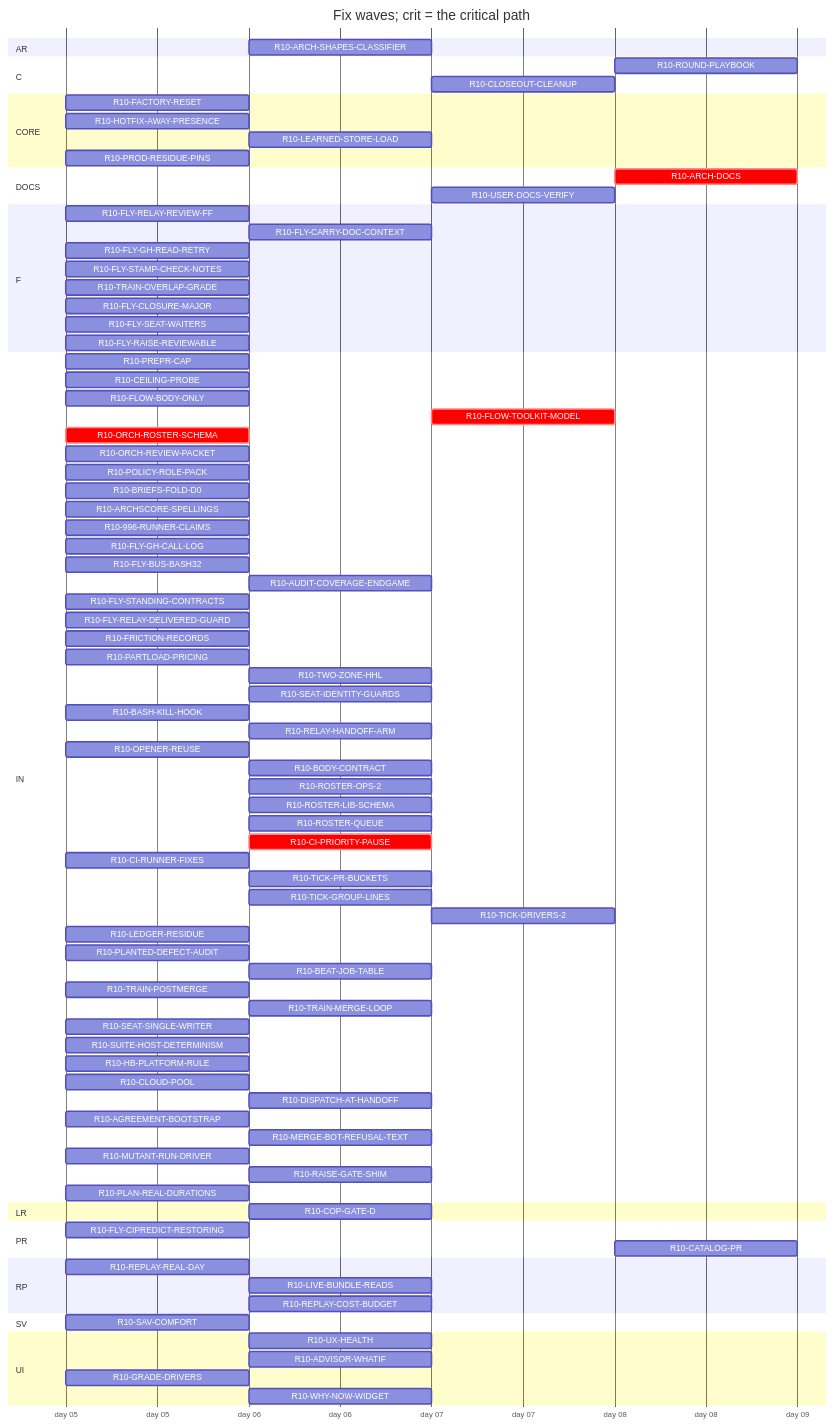
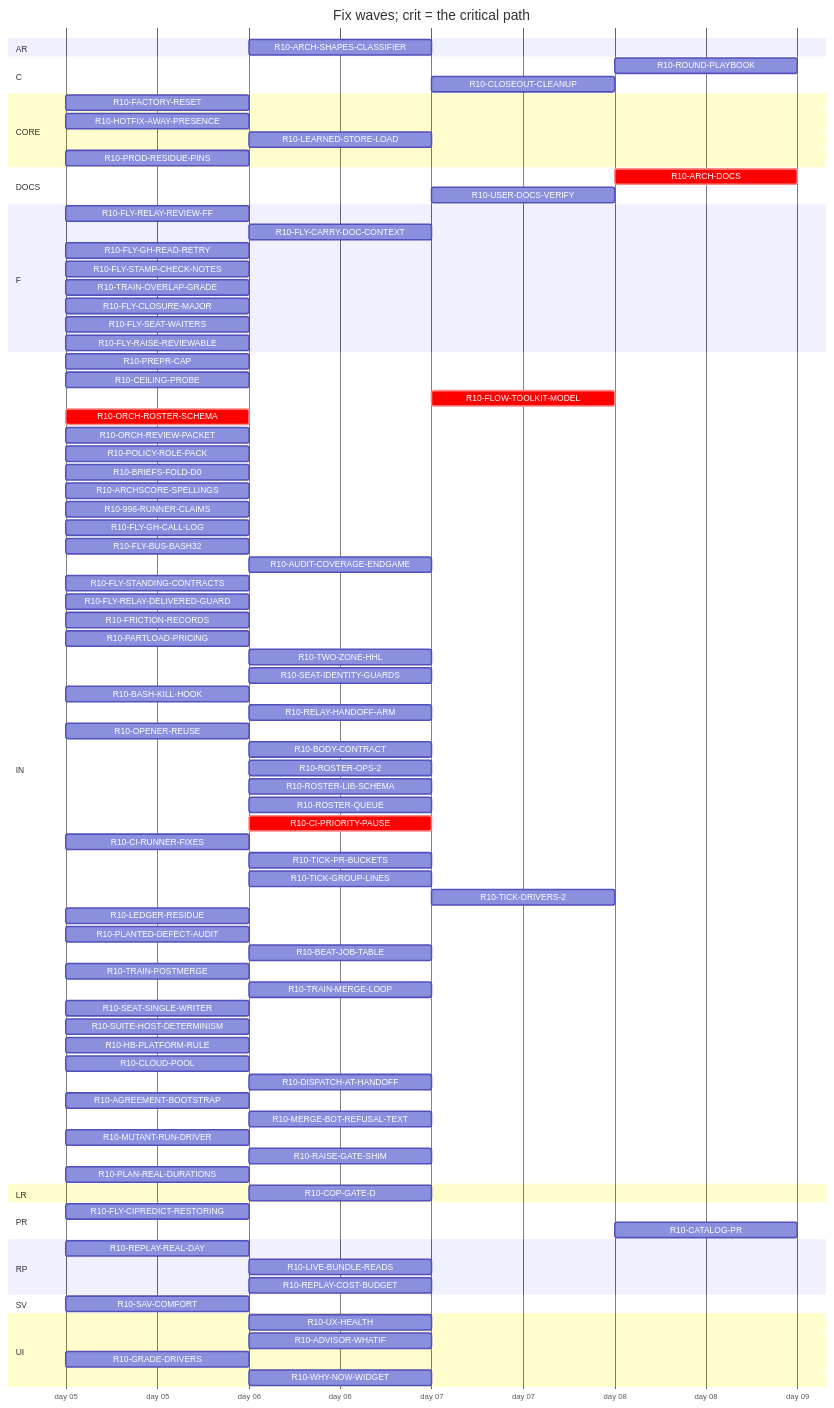
One commit to tvofi/heatpump_optimizer changed the diagram in handoff/round10/state/PLAN-TABLE.md. Above: the diagram before and after it, drawn with Mermaid. The commit also changed other lines of this file and 4 other files, not shown here.

Commit message:
state: FLOW-BOARD.md, NEXT-SESSION-PROMPT.md, PLAN-TABLE.md, PLAN.html, RESUME-CURRENT.md regenerated (state_docs.py)

```diff
--- a/handoff/round10/state/PLAN-TABLE.md
+++ b/handoff/round10/state/PLAN-TABLE.md
@@ -29,7 +29,7 @@
   section AR
     R10-ARCH-SHAPES-CLASSIFIER :r10ARCHSHAPESCLASSIFIER, after r10996RUNNERCLAIMS, 1d
   section C
-    R10-ROUND-PLAYBOOK :r10ROUNDPLAYBOOK, after r10FLYRELAYREVIEWFF r10FLOWBODYONLY r10AUDITCOVERAGEENDGAME r10ORCHROSTERSCHEMA r10FLOWTOOLKITMODEL r10TRAINOVERLAPGRADE r10POLICYROLEPACK r10ORCHREVIEWPACKET r10FRICTIONRECORDS r10COPGATED r10GRADEDRIVERS r10PARTLOADPRICING r10TWOZONEHHL r10SEATIDENTITYGUARDS r10BASHKILLHOOK r10RELAYHANDOFFARM r10OPENERREUSE r10BODYCONTRACT r10ROSTEROPS2 r10ROSTERLIBSCHEMA r10ROSTERQUEUE r10CIPRIORITYPAUSE r10CIRUNNERFIXES r10TICKPRBUCKETS r10TICKGROUPLINES r10TICKDRIVERS2 r10LEDGERRESIDUE r10PLANTEDDEFECTAUDIT r10BEATJOBTABLE r10TRAINPOSTMERGE r10TRAINMERGELOOP r10SEATSINGLEWRITER r10SUITEHOSTDETERMINISM r10HBPLATFORMRULE r10CLOUDPOOL r10DISPATCHATHANDOFF r10AGREEMENTBOOTSTRAP r10MERGEBOTREFUSALTEXT r10MUTANTRUNDRIVER r10RAISEGATESHIM r10LIVEBUNDLEREADS r10REPLAYCOSTBUDGET, 1d
+    R10-ROUND-PLAYBOOK :r10ROUNDPLAYBOOK, after r10FLYRELAYREVIEWFF r10AUDITCOVERAGEENDGAME r10ORCHROSTERSCHEMA r10FLOWTOOLKITMODEL r10TRAINOVERLAPGRADE r10POLICYROLEPACK r10ORCHREVIEWPACKET r10FRICTIONRECORDS r10COPGATED r10GRADEDRIVERS r10PARTLOADPRICING r10TWOZONEHHL r10SEATIDENTITYGUARDS r10BASHKILLHOOK r10RELAYHANDOFFARM r10OPENERREUSE r10BODYCONTRACT r10ROSTEROPS2 r10ROSTERLIBSCHEMA r10ROSTERQUEUE r10CIPRIORITYPAUSE r10CIRUNNERFIXES r10TICKPRBUCKETS r10TICKGROUPLINES r10TICKDRIVERS2 r10LEDGERRESIDUE r10PLANTEDDEFECTAUDIT r10BEATJOBTABLE r10TRAINPOSTMERGE r10TRAINMERGELOOP r10SEATSINGLEWRITER r10SUITEHOSTDETERMINISM r10HBPLATFORMRULE r10CLOUDPOOL r10DISPATCHATHANDOFF r10AGREEMENTBOOTSTRAP r10MERGEBOTREFUSALTEXT r10MUTANTRUNDRIVER r10RAISEGATESHIM r10LIVEBUNDLEREADS r10REPLAYCOSTBUDGET, 1d
     R10-CLOSEOUT-CLEANUP :r10CLOSEOUTCLEANUP, after r10AUDITCOVERAGEENDGAME, 1d
   section CORE
     R10-FACTORY-RESET :r10FACTORYRESET, 2026-01-05, 1d
@@ -37,7 +37,7 @@
     R10-LEARNED-STORE-LOAD :r10LEARNEDSTORELOAD, after r10FACTORYRESET, 1d
     R10-PROD-RESIDUE-PINS :r10PRODRESIDUEPINS, 2026-01-05, 1d
   section DOCS
-    R10-ARCH-DOCS :crit, r10ARCHDOCS, after r10UXHEALTH r10SAVCOMFORT r10CEILINGPROBE r10FLOWBODYONLY r10FLYRELAYREVIEWFF r10FLYCARRYDOCCONTEXT r10FLOWTOOLKITMODEL r10FLYSTAMPCHECKNOTES r10TRAINOVERLAPGRADE r10ORCHROSTERSCHEMA r10ORCHREVIEWPACKET r10POLICYROLEPACK r10BRIEFSFOLDD0 r10REPLAYREALDAY r10ARCHSCORESPELLINGS r10FRICTIONRECORDS r10COPGATED r10GRADEDRIVERS r10PARTLOADPRICING r10TWOZONEHHL r10SEATIDENTITYGUARDS r10BASHKILLHOOK r10RELAYHANDOFFARM r10OPENERREUSE r10BODYCONTRACT r10ROSTEROPS2 r10ROSTERLIBSCHEMA r10ROSTERQUEUE r10CIPRIORITYPAUSE r10CIRUNNERFIXES r10TICKPRBUCKETS r10TICKGROUPLINES r10TICKDRIVERS2 r10LEDGERRESIDUE r10PLANTEDDEFECTAUDIT r10BEATJOBTABLE r10TRAINPOSTMERGE r10TRAINMERGELOOP r10SEATSINGLEWRITER r10SUITEHOSTDETERMINISM r10HBPLATFORMRULE r10CLOUDPOOL r10DISPATCHATHANDOFF r10AGREEMENTBOOTSTRAP r10MERGEBOTREFUSALTEXT r10MUTANTRUNDRIVER r10RAISEGATESHIM r10LIVEBUNDLEREADS r10REPLAYCOSTBUDGET, 1d
+    R10-ARCH-DOCS :crit, r10ARCHDOCS, after r10UXHEALTH r10SAVCOMFORT r10CEILINGPROBE r10FLYRELAYREVIEWFF r10FLYCARRYDOCCONTEXT r10FLOWTOOLKITMODEL r10FLYSTAMPCHECKNOTES r10TRAINOVERLAPGRADE r10ORCHROSTERSCHEMA r10ORCHREVIEWPACKET r10POLICYROLEPACK r10BRIEFSFOLDD0 r10REPLAYREALDAY r10ARCHSCORESPELLINGS r10FRICTIONRECORDS r10COPGATED r10GRADEDRIVERS r10PARTLOADPRICING r10TWOZONEHHL r10SEATIDENTITYGUARDS r10BASHKILLHOOK r10RELAYHANDOFFARM r10OPENERREUSE r10BODYCONTRACT r10ROSTEROPS2 r10ROSTERLIBSCHEMA r10ROSTERQUEUE r10CIPRIORITYPAUSE r10CIRUNNERFIXES r10TICKPRBUCKETS r10TICKGROUPLINES r10TICKDRIVERS2 r10LEDGERRESIDUE r10PLANTEDDEFECTAUDIT r10BEATJOBTABLE r10TRAINPOSTMERGE r10TRAINMERGELOOP r10SEATSINGLEWRITER r10SUITEHOSTDETERMINISM r10HBPLATFORMRULE r10CLOUDPOOL r10DISPATCHATHANDOFF r10AGREEMENTBOOTSTRAP r10MERGEBOTREFUSALTEXT r10MUTANTRUNDRIVER r10RAISEGATESHIM r10LIVEBUNDLEREADS r10REPLAYCOSTBUDGET, 1d
     R10-USER-DOCS-VERIFY :r10USERDOCSVERIFY, after r10UXHEALTH r10SAVCOMFORT r10CEILINGPROBE r10FACTORYRESET r10ARCHSHAPESCLASSIFIER r10HOTFIXAWAYPRESENCE r10FRICTIONRECORDS r10COPGATED r10GRADEDRIVERS r10PARTLOADPRICING r10TWOZONEHHL r10LIVEBUNDLEREADS r10WHYNOWWIDGET r10ADVISORWHATIF r10LEARNEDSTORELOAD, 1d
   section F
     R10-FLY-RELAY-REVIEW-FF :r10FLYRELAYREVIEWFF, 2026-01-05, 1d
@@ -51,7 +51,6 @@
   section IN
     R10-PREPR-CAP :r10PREPRCAP, 2026-01-05, 1d
     R10-CEILING-PROBE :r10CEILINGPROBE, 2026-01-05, 1d
-    R10-FLOW-BODY-ONLY :r10FLOWBODYONLY, 2026-01-05, 1d
     R10-FLOW-TOOLKIT-MODEL :crit, r10FLOWTOOLKITMODEL, after r10CIPRIORITYPAUSE, 1d
     R10-ORCH-ROSTER-SCHEMA :crit, r10ORCHROSTERSCHEMA, 2026-01-05, 1d
     R10-ORCH-REVIEW-PACKET :r10ORCHREVIEWPACKET, 2026-01-05, 1d
```
